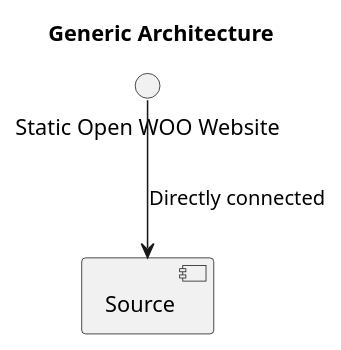
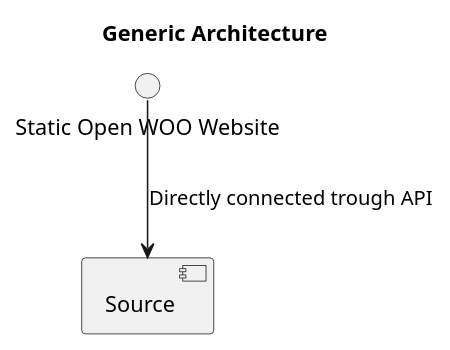
The diagram in docs/components.puml (ConductionNL/woo-website-template), drawn with PlantUML before and after one commit. The commit also changed 2 other files, not shown here.

Commit message:
Added api docs

```diff
--- a/docs/components.puml
+++ b/docs/components.puml
@@ -1,14 +1,14 @@
 @startuml
 title Generic Architecture
 
 ' User Interface Component
 interface "Static Open WOO Website" as Website
 
 ' Backend Components
 component "Source" as Source
 
 ' Relationships
-Website -down-> Source : Directly connected
+Website -down-> Source : Directly connected trough API
 
 
 @enduml
```
